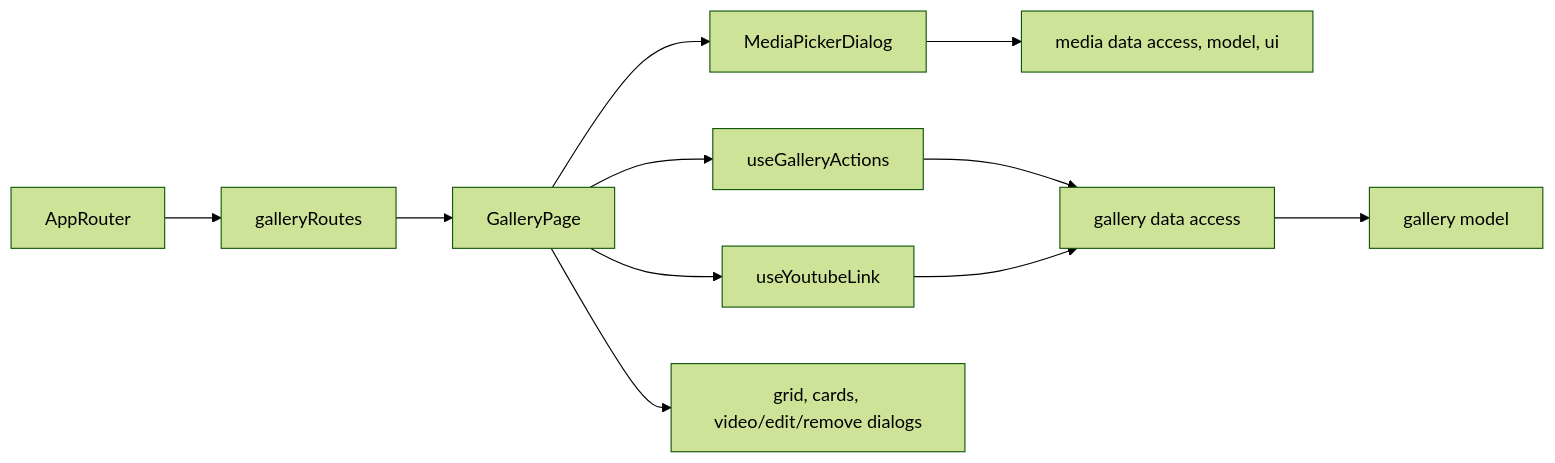
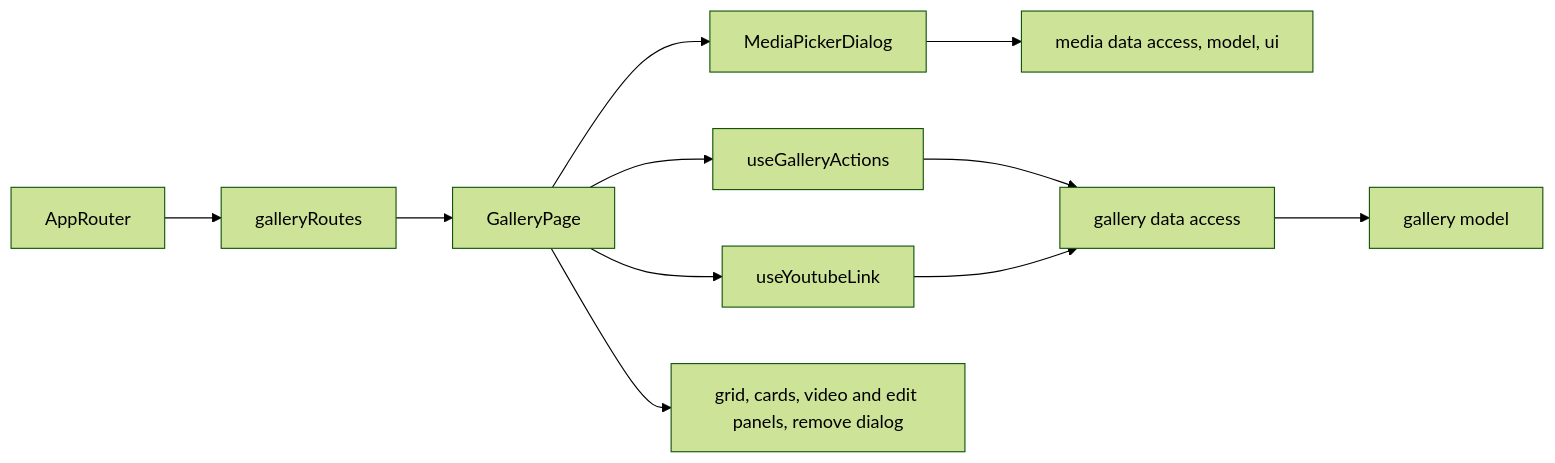
Before and after one commit to Weretik/kedr-web: the diagram in docs/features/admin/gallery.md, drawn with Mermaid (forest theme). The commit also changed other lines of this file and 35 other files, not shown here.

First line of the commit message:
feat(admin): edit gallery, home page blocks and users in the right panel

````diff
--- a/docs/features/admin/gallery.md
+++ b/docs/features/admin/gallery.md
@@ -13,13 +13,13 @@
 ```mermaid
 flowchart LR
     App[AppRouter] --> Routes[galleryRoutes]
     Routes --> Page[GalleryPage]
     Page --> Actions[useGalleryActions]
     Page --> Link[useYoutubeLink]
     Page --> Picker[MediaPickerDialog]
     Picker --> Media[media data access, model, ui]
     Actions --> Api[gallery data access]
     Link --> Api
     Api --> Model[gallery model]
-    Page --> UI[grid, cards, video/edit/remove dialogs]
+    Page --> UI[grid, cards, video and edit panels, remove dialog]
 ```
````
